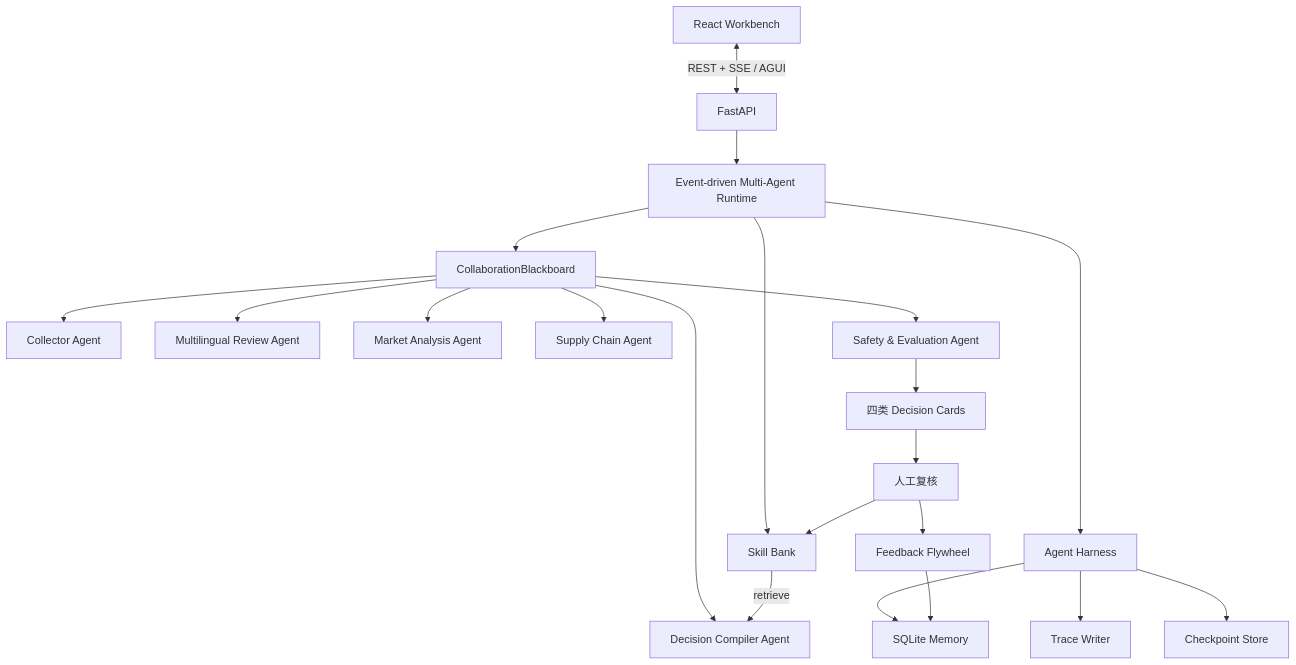
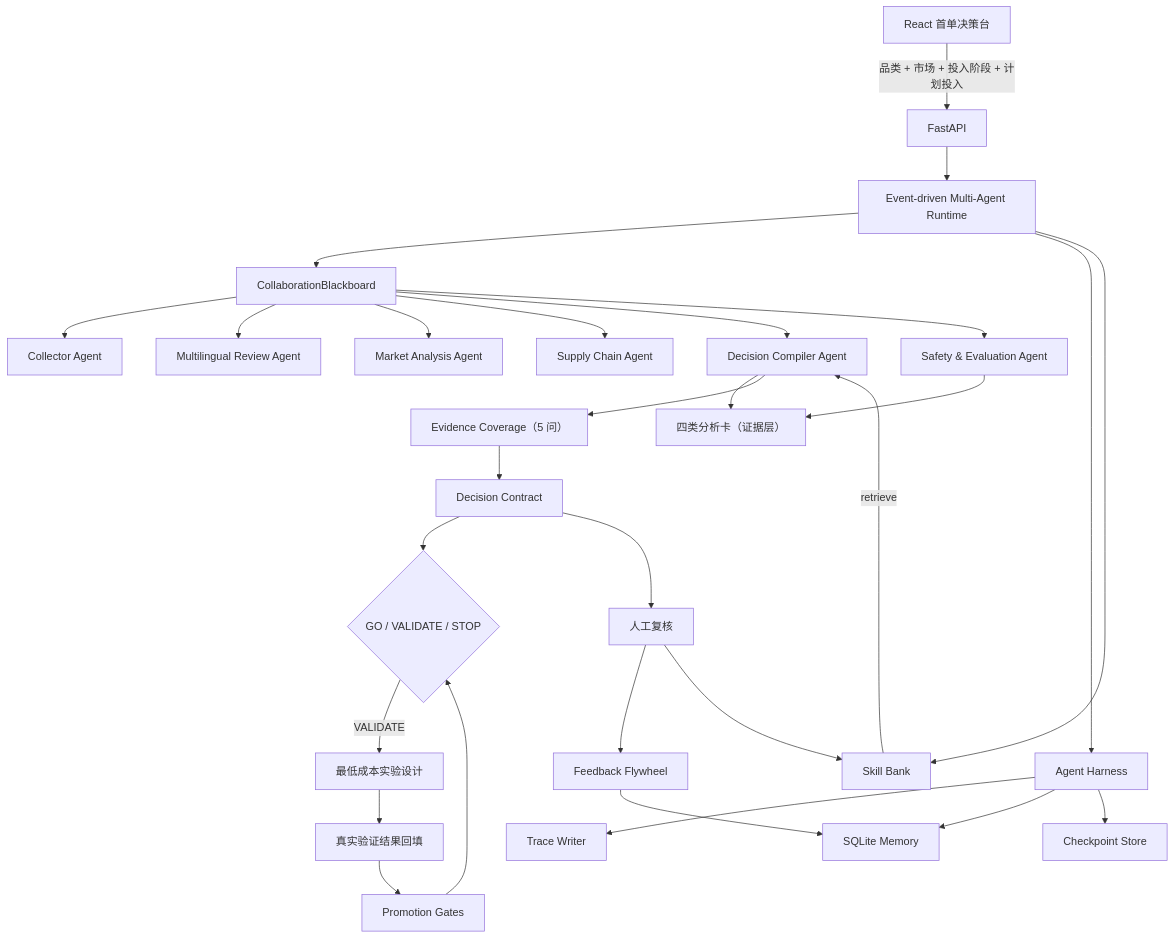
The diagram in README.md (royd132/xianjiluopan), drawn with Mermaid before and after one commit. The commit also changed other lines of this file and 4 other files, not shown here.

First line of the commit message:
fix: close decision loop — system_verdict, actual_spend input, UI unification

````diff
--- a/README.md
+++ b/README.md
@@ -174,25 +174,33 @@
 ```mermaid
 flowchart TB
-    UI["React Workbench"] <-->|"REST + SSE / AGUI"| API["FastAPI"]
+    UI["React 首单决策台"] -->|"品类 + 市场 + 投入阶段 + 计划投入"| API["FastAPI"]
     API --> RT["Event-driven Multi-Agent Runtime"]
     RT --> BB["CollaborationBlackboard"]
     RT --> H["Agent Harness"]
     RT --> SB["Skill Bank"]
     H --> T["Trace Writer"]
     H --> M["SQLite Memory"]
     H --> C["Checkpoint Store"]
 
     BB --> A1["Collector Agent"]
     BB --> A2["Multilingual Review Agent"]
     BB --> A3["Market Analysis Agent"]
     BB --> A4["Supply Chain Agent"]
     BB --> A5["Decision Compiler Agent"]
     BB --> A6["Safety & Evaluation Agent"]
 
     SB -->|"retrieve"| A5
-    A6 --> CARDS["四类 Decision Cards"]
-    CARDS --> HITL["人工复核"]
+    A5 --> CARDS["四类分析卡（证据层）"]
+    A5 --> COV["Evidence Coverage（5 问）"]
+    COV --> CONTRACT["Decision Contract"]
+    CONTRACT --> VERDICT{"GO / VALIDATE / STOP"}
+    VERDICT -->|VALIDATE| EXP["最低成本实验设计"]
+    EXP --> VR["真实验证结果回填"]
+    VR --> GATES["Promotion Gates"]
+    GATES --> VERDICT
+    A6 --> CARDS
+    CONTRACT --> HITL["人工复核"]
     HITL --> FLY["Feedback Flywheel"]
     HITL --> SB
     FLY --> M
 ```
````
